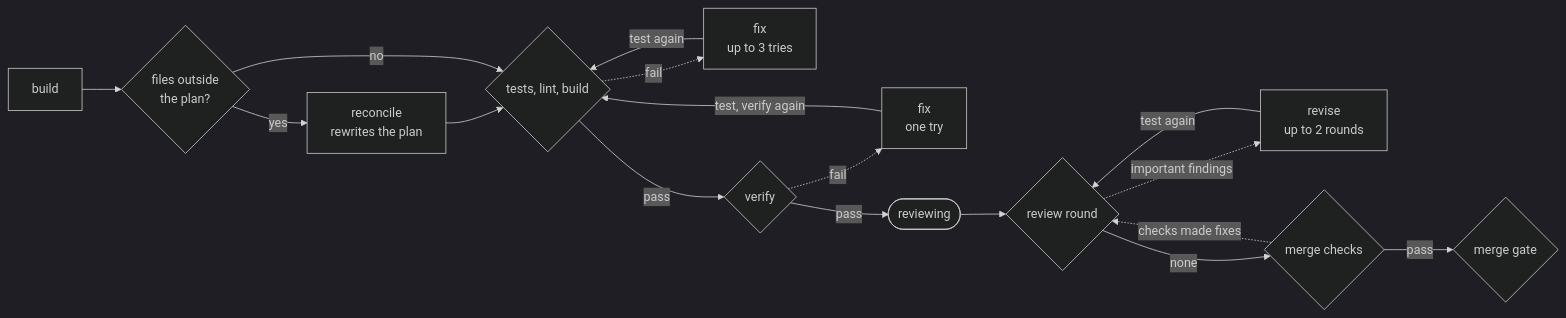
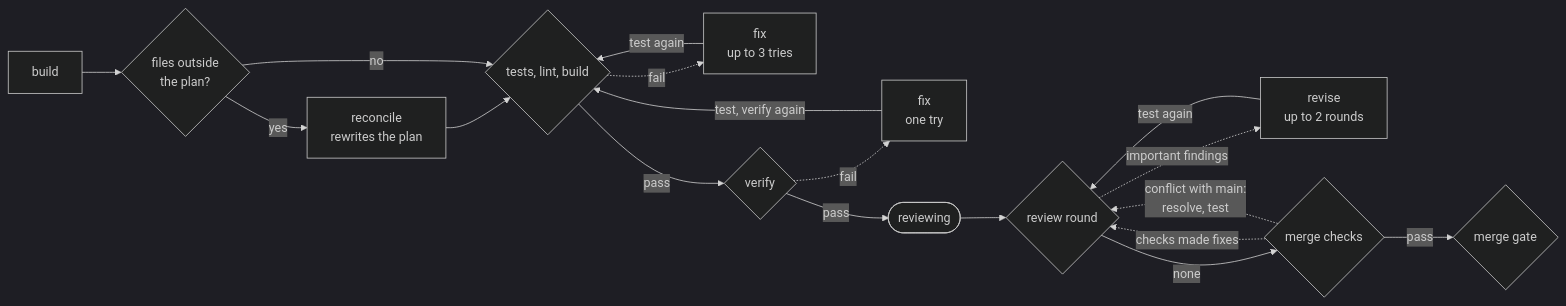
The third of 6 diagrams in README.md (jflavan/loopstra), drawn with Mermaid (dark theme) before and after one commit. The commit also changed other lines of this file and 34 other files, not shown here.

````diff
--- a/README.md
+++ b/README.md
@@ -372,15 +372,16 @@
 ```mermaid
 flowchart LR
   nBuild["build"] --> nDrift{"files outside<br/>the plan?"}
   nDrift -->|yes| nReconcile["reconcile<br/>rewrites the plan"] --> nTests
   nDrift -->|no| nTests{"tests, lint, build"}
   nTests -.->|fail| nFix["fix<br/>up to 3 tries"] -->|test again| nTests
   nTests -->|pass| nVerify{"verify"}
   nVerify -.->|fail| nFixOnce["fix<br/>one try"] -->|"test, verify again"| nTests
   nVerify -->|pass| nReviewing(["reviewing"])
   nReviewing --> nReview{"review round"}
   nReview -.->|important findings| nRevise["revise<br/>up to 2 rounds"] -->|test again| nReview
   nReview -->|none| nMergeChecks{"merge checks"}
   nMergeChecks -.->|checks made fixes| nReview
+  nMergeChecks -.->|"conflict with main:<br/>resolve, test"| nReview
   nMergeChecks -->|pass| nMergeGate{"merge gate"}
 ```
````
